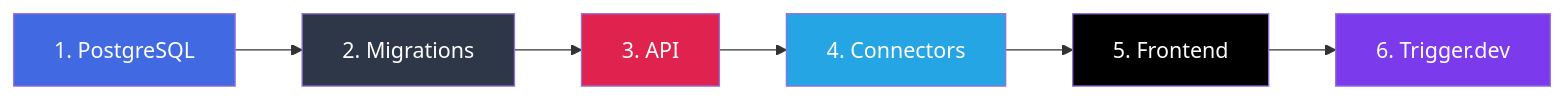
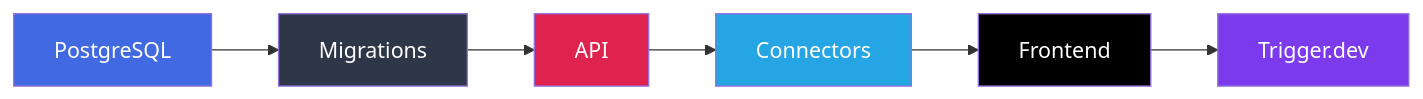
The ninth of 9 diagrams in README.md (kolezka/flowbot), drawn with Mermaid before and after one commit. The commit also changed other lines of this file, not shown here.

Commit message:
docs: rewrite README.md 2.0 with mermaid diagrams throughout

````diff
--- a/README.md
+++ b/README.md
@@ -525,15 +446,15 @@
 ```mermaid
 graph LR
-    PG["1. PostgreSQL"] --> MIG["2. Migrations"]
-    MIG --> API["3. API"]
-    API --> CON["4. Connectors"]
-    CON --> FE["5. Frontend"]
-    FE --> TRIG["6. Trigger.dev"]
+    PG["PostgreSQL"] --> MIG["Migrations"]
+    MIG --> API["API"]
+    API --> CON["Connectors"]
+    CON --> FE["Frontend"]
+    FE --> TR["Trigger.dev"]
 
     style PG fill:#4169E1,color:#fff
     style MIG fill:#2D3748,color:#fff
     style API fill:#e0234e,color:#fff
     style CON fill:#26A5E4,color:#fff
     style FE fill:#000,color:#fff
-    style TRIG fill:#7C3AED,color:#fff
+    style TR fill:#7C3AED,color:#fff
 ```
````
